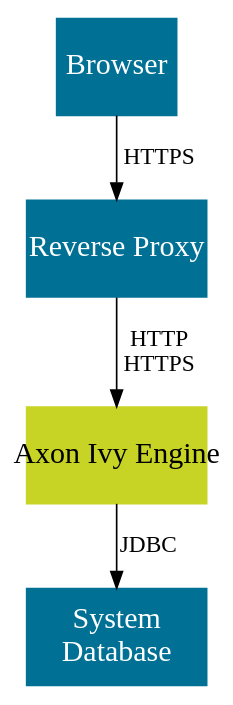
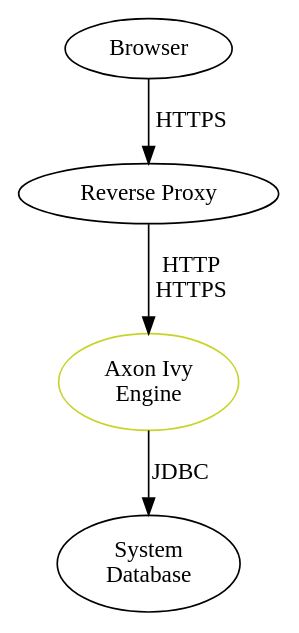
The diagram in source/engine-guide/security/overview.dot (bernhardAxonIvy/doc), drawn with Graphviz before and after one commit. The commit also changed 10 other files, not shown here.

Commit message:
Move gneric graphizv definitions to build container

```diff
--- a/source/engine-guide/security/overview.dot
+++ b/source/engine-guide/security/overview.dot
@@ -1,24 +1,11 @@
 
-digraph overview {
-  node [
-    shape=box, 
-    style=filled,
-    margin=0 width=2 height=0.8
-    fontcolor="white",    
-    color="#007095",
-    fixedsize=true,
-    fontsize=18
-  ];
+digraph overview {  
+  browser [label="Browser" pos="0,2.5!" width=1];
+  reverseproxy [label="Reverse Proxy" pos="2.25,2.5!" width="1.5"];  
+  engine [label="Axon Ivy\nEngine" pos="5.4,2.5!" height=0.8 width=1.5 color="#C7D426" fontcolor="black"];   
+  systemdb [label="System\nDatabase" pos="8,2.5!" width=1.5 height=0.8]
 
-  browser [ label="Browser", pos = "0,2.5!", width=1];
-
-  reverseproxy [ label="Reverse Proxy",pos = "2.25,2.5!" width="1.5"]; 
-  
-  engine [label="Axon Ivy Engine", pos="5.4,2.5!", height="0.8", width="1.5", color="#C7D426", fontcolor="black"];
-    
-  systemdb [ label="System\nDatabase", pos="8,2.5!" width="1.5" height="0.8"]
-
-  browser -> reverseproxy [ label="HTTPS"];
-  reverseproxy -> engine [ label="HTTP\nHTTPS" ];  
-  engine -> systemdb [ label="JDBC" ];
+  browser -> reverseproxy [label="HTTPS"];
+  reverseproxy -> engine [label="HTTP\nHTTPS"];
+  engine -> systemdb [label="JDBC"];
 }
```
